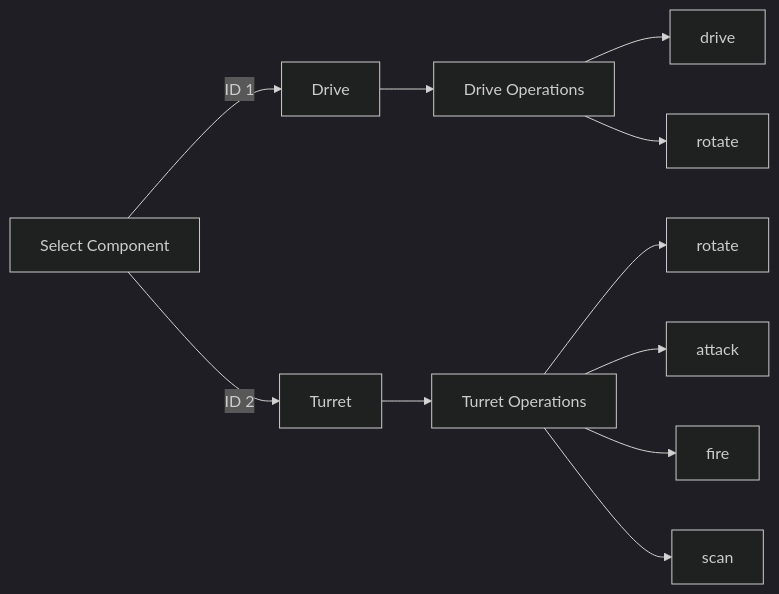
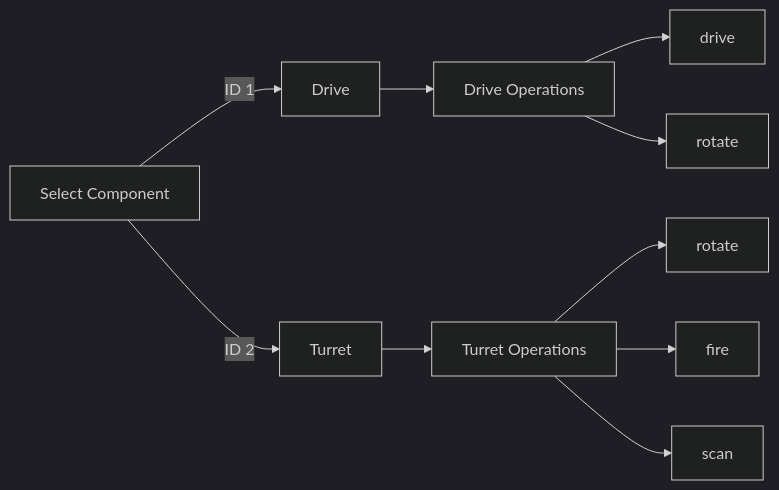
The third of 4 diagrams in LANGUAGE.md (sdeming/botarena), drawn with Mermaid (dark theme) before and after one commit. The commit also changed other lines of this file and 20 other files, not shown here.

````diff
--- a/LANGUAGE.md
+++ b/LANGUAGE.md
@@ -471,15 +468,14 @@
 ```mermaid
 flowchart LR
     SELECT[Select Component] -->|ID 1| DRIVE[Drive]
     SELECT -->|ID 2| TURRET[Turret]
     
     DRIVE --> DRIVE_OPS[Drive Operations]
     DRIVE_OPS --> SET_VEL[drive]
     DRIVE_OPS --> ROTATE_DRIVE[rotate]
     
     TURRET --> TURRET_OPS[Turret Operations]
     TURRET_OPS --> ROTATE_TURRET[rotate]
-    TURRET_OPS --> ATTACK[attack]
     TURRET_OPS --> FIRE[fire]
     TURRET_OPS --> SCAN[scan]
 ```
````
